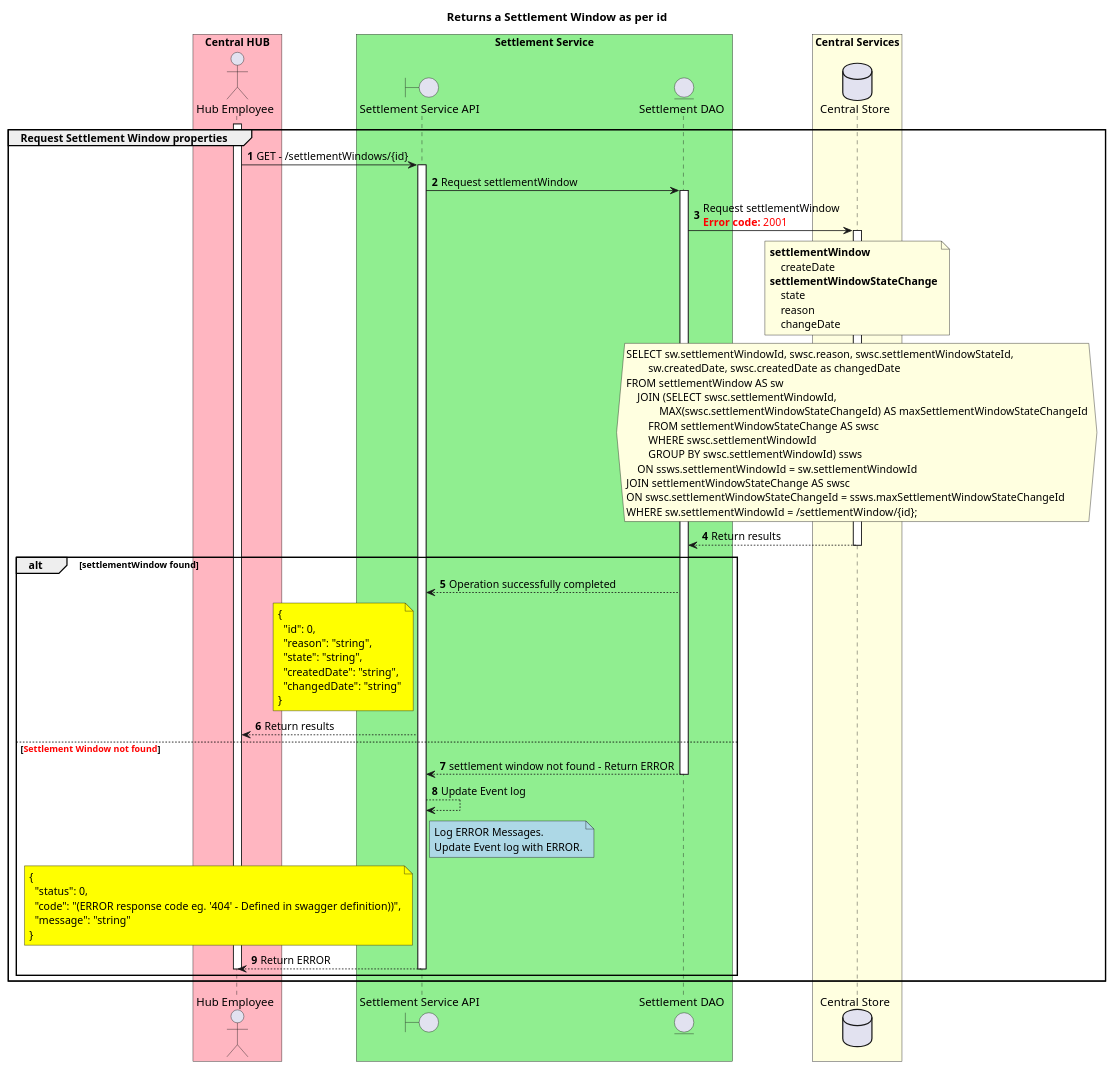
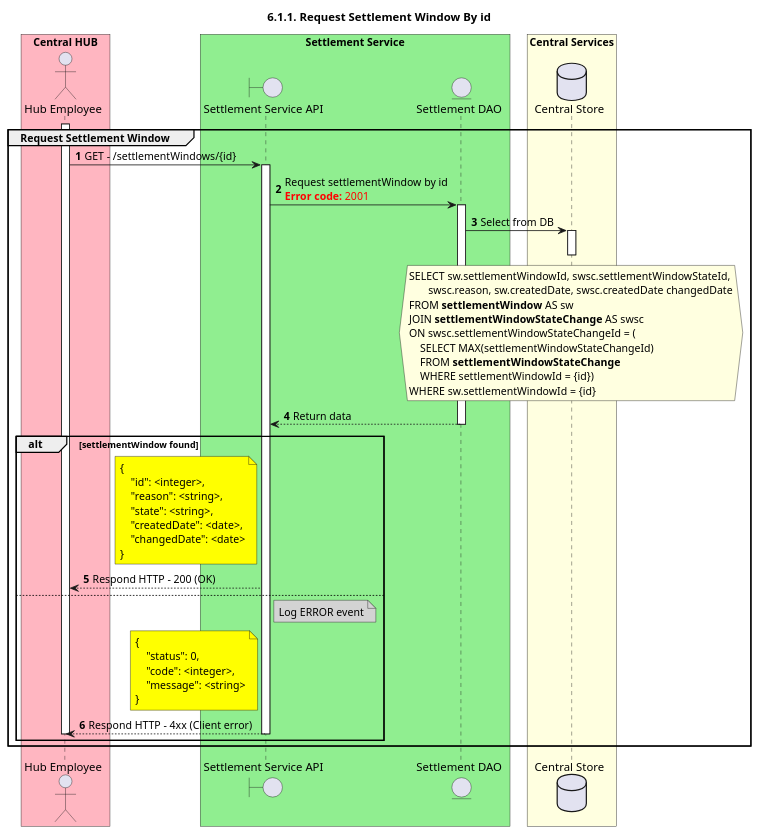
The diagram in CentralServices/seq_diagrams/seq-settleWindow-6.1.1.plantuml (HenkKodde/docs), drawn with PlantUML before and after one commit. The commit also changed 8 other files, not shown here.

```diff
--- a/CentralServices/seq_diagrams/seq-settleWindow-6.1.1.plantuml
+++ b/CentralServices/seq_diagrams/seq-settleWindow-6.1.1.plantuml
@@ -1,94 +1,77 @@
 @startuml
 ' declate title
-title Returns a Settlement Window as per id
-'title 6.1.1. getSettlementWindowById GET: /settlementWindows
+title 6.1.1. Request Settlement Window By id
 
 autonumber
 
 ' declare actors
 actor "Hub Employee" as OPERATOR
-
 boundary "Settlement Service API" as SSAPI
 entity "Settlement DAO" as SETTLE_DAO
-
 database "Central Store" as DB
 
-box "Central HUB" #LightPink
+box "Central HUB" #lightpink
     participant OPERATOR
 end box
 
-box "Settlement Service" #LightGreen
+box "Settlement Service" #lightgreen
     participant SSAPI
     participant SETTLE_DAO
 end box
 
-box "Central Services" #LightYellow
+box "Central Services" #lightyellow
     participant DB
 end box
 
 ' start flow
-group Request Settlement Window properties
+group Request Settlement Window
     activate OPERATOR
     OPERATOR -> SSAPI: GET - /settlementWindows/{id}
     activate SSAPI
-    SSAPI -> SETTLE_DAO: Request settlementWindow
+    SSAPI -> SETTLE_DAO: Request settlementWindow by id\n<color #FF0000><b>Error code:</b> 2001</color>
     activate SETTLE_DAO
-    SETTLE_DAO -> DB: Request settlementWindow\n<color #FF0000><b>Error code:</b> 2001</color>
+    SETTLE_DAO -> DB: Select from DB
     activate DB
-    note over DB #LightYellow
-        **settlementWindow**
-            createDate
-        **settlementWindowStateChange**
-            state
-            reason
-            changeDate
-    end note
-    hnote over DB #LightYellow
-        SELECT sw.settlementWindowId, swsc.reason, swsc.settlementWindowStateId,
-                sw.createdDate, swsc.createdDate as changedDate
-        FROM settlementWindow AS sw
-            JOIN (SELECT swsc.settlementWindowId,
-                    MAX(swsc.settlementWindowStateChangeId) AS maxSettlementWindowStateChangeId
-                FROM settlementWindowStateChange AS swsc
-                WHERE swsc.settlementWindowId
-                GROUP BY swsc.settlementWindowId) ssws
-            ON ssws.settlementWindowId = sw.settlementWindowId
-        JOIN settlementWindowStateChange AS swsc
-        ON swsc.settlementWindowStateChangeId = ssws.maxSettlementWindowStateChangeId
-        WHERE sw.settlementWindowId = /settlementWindow/{id};
+    hnote over DB #lightyellow
+        SELECT sw.settlementWindowId, swsc.settlementWindowStateId, 
+               swsc.reason, sw.createdDate, swsc.createdDate changedDate
+        FROM **settlementWindow** AS sw
+        JOIN **settlementWindowStateChange** AS swsc
+        ON swsc.settlementWindowStateChangeId = (
+            SELECT MAX(settlementWindowStateChangeId)
+            FROM **settlementWindowStateChange**
+            WHERE settlementWindowId = {id})
+        WHERE sw.settlementWindowId = {id}
     end hnote
-    SETTLE_DAO <-- DB: Return results
     deactivate DB
+    SSAPI <-- SETTLE_DAO: Return data
+    deactivate SETTLE_DAO
+
     alt settlementWindow found
-        SSAPI <-- SETTLE_DAO: Operation successfully completed
         note left of SSAPI #Yellow
             {
-              "id": 0,
-              "reason": "string",
-              "state": "string",
-              "createdDate": "string",
-              "changedDate": "string"
+                "id": <integer>,
+                "reason": <string>,
+                "state": <string>,
+                "createdDate": <date>,
+                "changedDate": <date>
             }
         end note
-        OPERATOR <-- SSAPI: Return results
-    else <color #FF0000><b>Settlement Window not found</b></color>
-        SETTLE_DAO --> SSAPI: settlement window not found - Return ERROR
-        deactivate SETTLE_DAO
-        SSAPI --> SSAPI: Update Event log
-        note right of SSAPI #LightBlue
-            Log ERROR Messages.
-            Update Event log with ERROR.
+        OPERATOR <-- SSAPI: Respond HTTP - 200 (OK)
+    else
+        note right of SSAPI #lightgray
+            Log ERROR event
         end note
-        note left of SSAPI #Yellow
+        note left of SSAPI #yellow
             {
-              "status": 0,
-              "code": "(ERROR response code eg. '404' - Defined in swagger definition))",
-              "message": "string"
+                "status": 0,
+                "code": <integer>,
+                "message": <string>
             }
         end note
-        OPERATOR <-- SSAPI: Return ERROR
-    deactivate SSAPI
-    deactivate OPERATOR
+        OPERATOR <-- SSAPI: Respond HTTP - 4xx (Client error)
+        deactivate SSAPI
+        deactivate OPERATOR
     end
 end
 @enduml
```
